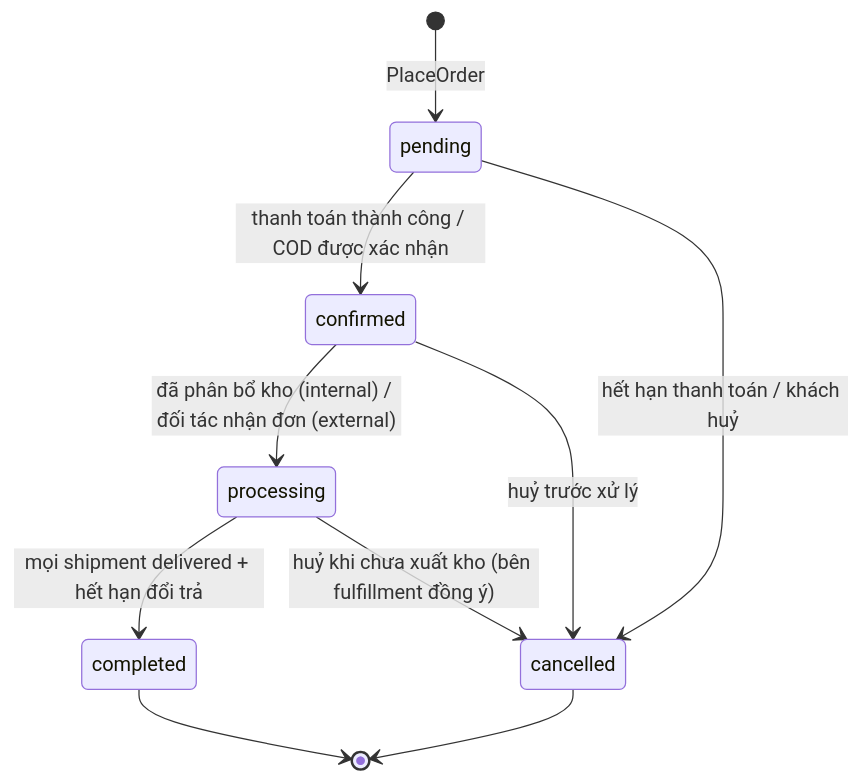
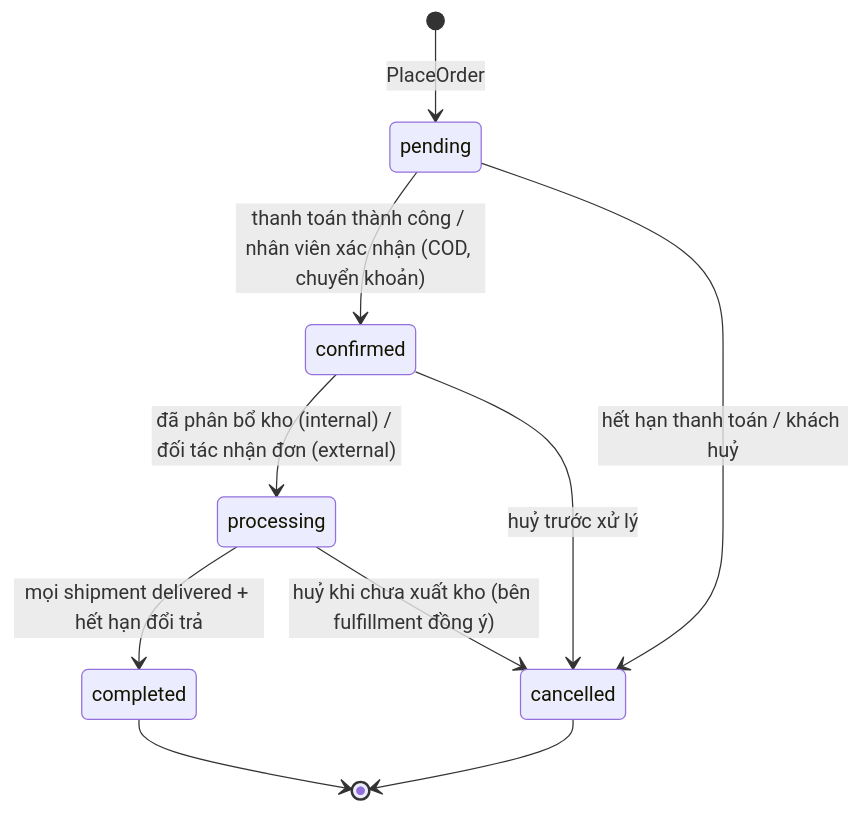
One commit to ptdat97/vanishop changed the second of 3 diagrams in docs/09-order/order.md. Above: the diagram before and after it, drawn with Mermaid. The commit also changed other lines of this file and 7 other files, not shown here.

First line of the commit message:
ADR-046 + vision §2.2: vận hành có người ở ba chốt (xác nhận COD, đẩy lên hãng, duyệt đổi trả)

````diff
--- a/docs/09-order/order.md
+++ b/docs/09-order/order.md
@@ -84,12 +96,12 @@
 ```mermaid
 stateDiagram-v2
     [*] --> pending: PlaceOrder
-    pending --> confirmed: thanh toán thành công / COD được xác nhận
+    pending --> confirmed: thanh toán thành công / nhân viên xác nhận (COD, chuyển khoản)
     pending --> cancelled: hết hạn thanh toán / khách huỷ
     confirmed --> processing: đã phân bổ kho (internal) / đối tác nhận đơn (external)
     confirmed --> cancelled: huỷ trước xử lý
     processing --> completed: mọi shipment delivered + hết hạn đổi trả
     processing --> cancelled: huỷ khi chưa xuất kho (bên fulfillment đồng ý)
     completed --> [*]
     cancelled --> [*]
 ```
````
